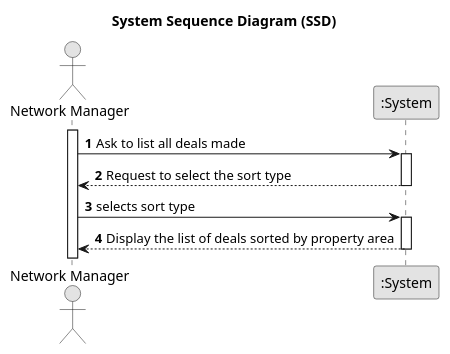
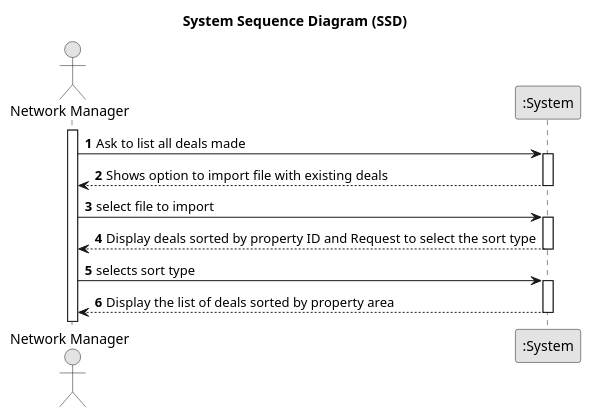
Before and after one commit to Goncalves2525/real-estate-management-system: the diagram in docs/sprintD/us017/01.requirements-engineering/puml/us017-system-sequence-diagram.puml, drawn with PlantUML. The commit also changed 9 other files, not shown here.

```diff
--- a/docs/sprintD/us017/01.requirements-engineering/puml/us017-system-sequence-diagram.puml
+++ b/docs/sprintD/us017/01.requirements-engineering/puml/us017-system-sequence-diagram.puml
@@ -1,28 +1,36 @@
 @startuml
 skinparam monochrome true
 skinparam packageStyle rectangle
 skinparam shadowing false
 
 title System Sequence Diagram (SSD)
 
 autonumber
 
 actor "Network Manager" as NetworkManager
 participant ":System" as System
 
 activate NetworkManager
 
     NetworkManager -> System : Ask to list all deals made
     activate System
 
-    System --> NetworkManager : Request to select the sort type
+
+    System --> NetworkManager : Shows option to import file with existing deals
+    deactivate System
+
+    NetworkManager -> System: select file to import
+    activate System
+
+
+    System --> NetworkManager : Display deals sorted by property ID and Request to select the sort type
     deactivate System
 
     NetworkManager -> System: selects sort type
     activate System
 
     System --> NetworkManager: Display the list of deals sorted by property area
     deactivate System
 
 
 @enduml
```
